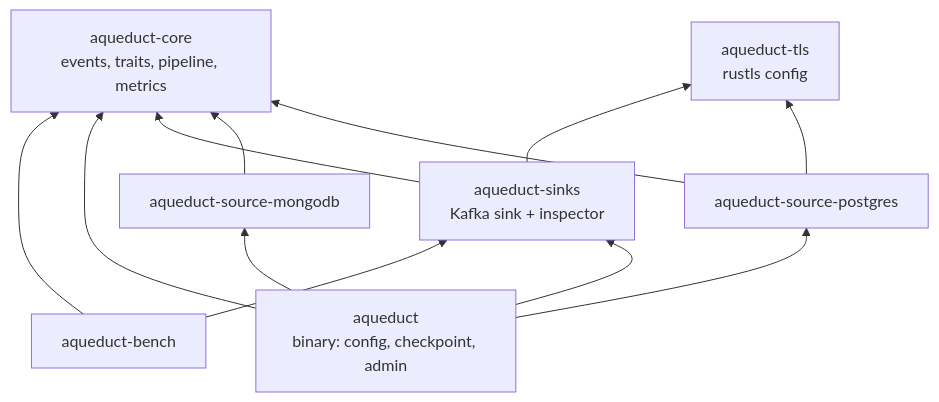
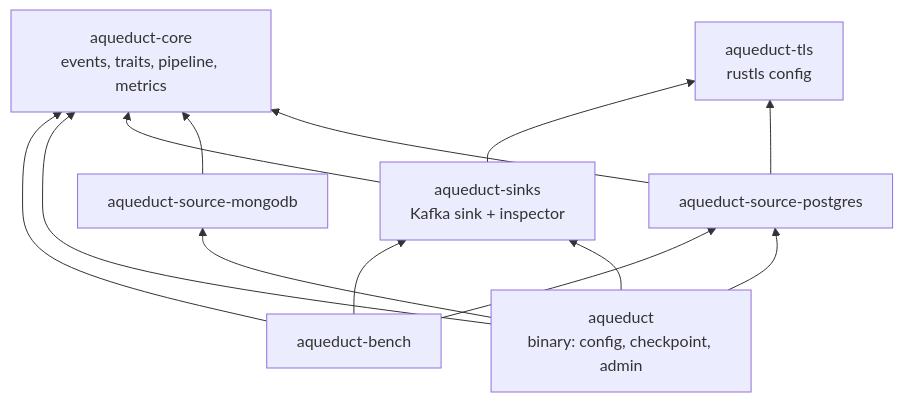
One commit to yarncraft/aqueduct changed the third of 3 diagrams in README.md. Above: the diagram before and after it, drawn with Mermaid. The commit also changed other lines of this file and 4 other files, not shown here.

````diff
--- a/README.md
+++ b/README.md
@@ -80,22 +80,23 @@
 ```mermaid
 flowchart BT
     core["aqueduct-core<br/>events, traits, pipeline, metrics"]
     tls["aqueduct-tls<br/>rustls config"]
     pg["aqueduct-source-postgres"]
     mg["aqueduct-source-mongodb"]
     sinks["aqueduct-sinks<br/>Kafka sink + inspector"]
     bin["aqueduct<br/>binary: config, checkpoint, admin"]
     bench["aqueduct-bench"]
 
     pg --> core
     pg --> tls
     mg --> core
     sinks --> core
     sinks --> tls
     bin --> core
     bin --> pg
     bin --> mg
     bin --> sinks
     bench --> core
     bench --> sinks
+    bench --> pg
 ```
````
